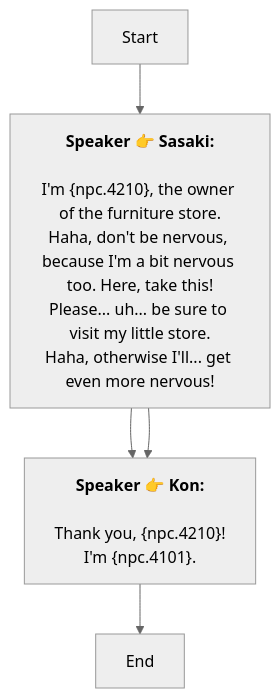
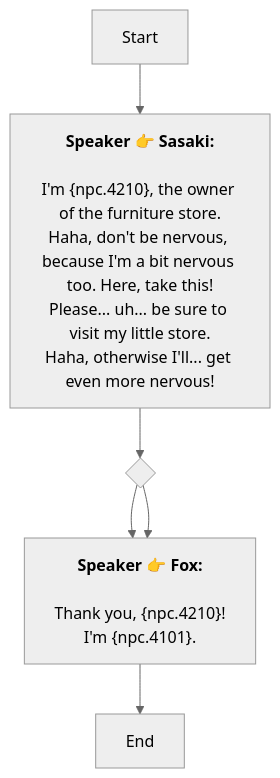
The diagram in En/QuestTalkObjectiveNode_1768166266109839.md (SoftHu/tos_avg), drawn with Mermaid (neutral theme) before and after one commit. The commit also changed 737 other files, not shown here.

````diff
--- a/En/QuestTalkObjectiveNode_1768166266109839.md
+++ b/En/QuestTalkObjectiveNode_1768166266109839.md
@@ -1,19 +1,16 @@
 ```mermaid
 graph
 Start -->1768166337206163[<b>Speaker 👉 Sasaki:</b>
-
-I'm &lbrace;npc.4210&rbrace;, the owner of the furniture store.
-Haha, don't be nervous, because I'm a bit nervous too. Here, take this!
+\nI'm &lbrace;npc.4210&rbrace;, the owner of the furniture store.\nHaha, don't be nervous, because I'm a bit nervous too. Here, take this!
 Please... uh... be sure to visit my little store.
 Haha, otherwise I'll... get even more nervous!]
-1768166337206163 -->1768166575083412[<b>Speaker 👉 Kon:</b>
-
-Thank you, &lbrace;npc.4210&rbrace;!
+1768166337206163 -->1768166693133205{ }
+1768166693133205 -->1768166575083412[<b>Speaker 👉 Fox:</b>
+\nThank you, &lbrace;npc.4210&rbrace;!
 I'm &lbrace;npc.4101&rbrace;.]
-1768166337206163 -->1768166575083412[<b>Speaker 👉 Kon:</b>
-
-Thank you, &lbrace;npc.4210&rbrace;!
+1768166693133205 -->1768166575083412[<b>Speaker 👉 Fox:</b>
+\nThank you, &lbrace;npc.4210&rbrace;!
 I'm &lbrace;npc.4101&rbrace;.]
 1768166575083412 -->1768166331924370[End]
 
- ```
+```
````
